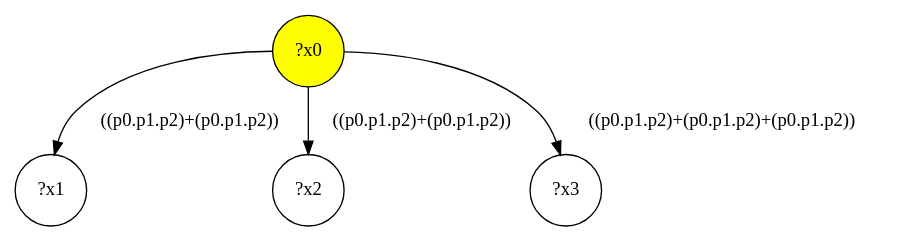
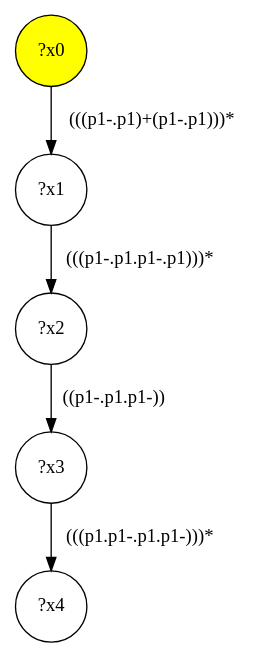
One commit to gbagan/gmark changed the diagram in src/queryinterface/interface-queries/query-40.dot. Above: the diagram before and after it, drawn with Graphviz. The commit also changed 153 other files, not shown here.

```diff
--- a/src/queryinterface/interface-queries/query-40.dot
+++ b/src/queryinterface/interface-queries/query-40.dot
@@ -1,9 +1,11 @@
 digraph g {
 	x0 [fillcolor="yellow", style="filled," shape=circle, label="?x0"];
 	x1 [shape=circle, label="?x1"];
-	x0 -> x1 [label="((p0.p1.p2)+(p0.p1.p2))"];
+	x0 -> x1 [label="(((p1-.p1)+(p1-.p1)))*"];
 	x2 [shape=circle, label="?x2"];
-	x0 -> x2 [label="((p0.p1.p2)+(p0.p1.p2))"];
+	x1 -> x2 [label="(((p1-.p1.p1-.p1)))*"];
 	x3 [shape=circle, label="?x3"];
-	x0 -> x3 [label="((p0.p1.p2)+(p0.p1.p2)+(p0.p1.p2))"];
+	x2 -> x3 [label="((p1-.p1.p1-))"];
+	x4 [shape=circle, label="?x4"];
+	x3 -> x4 [label="(((p1.p1-.p1.p1-)))*"];
 }
```
